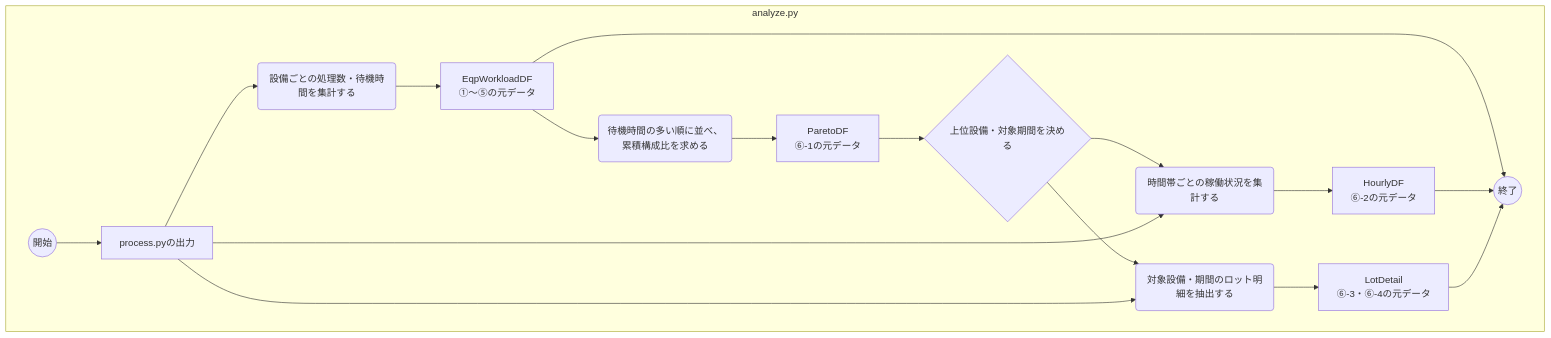
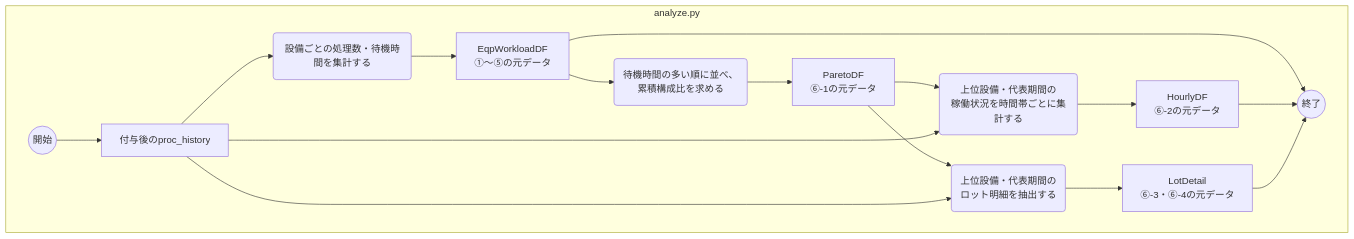
One commit to mukumuyi/AnalyseTool changed the fourth of 7 diagrams in .steering/20260830-eqp-workload-analysis/design.md. Above: the diagram before and after it, drawn with Mermaid. The commit also changed other lines of this file and 2 other files, not shown here.

````diff
--- a/.steering/20260830-eqp-workload-analysis/design.md
+++ b/.steering/20260830-eqp-workload-analysis/design.md
@@ -123,20 +127,19 @@
 ```mermaid
 flowchart TD
     subgraph SW3["analyze.py"]
-        Start3((開始)) --> In3["process.pyの出力"]
+        Start3((開始)) --> In3["付与後のproc_history"]
         In3 --> AggBar3("設備ごとの処理数・待機時間を集計する")
         AggBar3 --> WorkloadDF3["EqpWorkloadDF<br/>①〜⑤の元データ"]
         WorkloadDF3 --> Pareto3("待機時間の多い順に並べ、<br/>累積構成比を求める")
         Pareto3 --> ParetoDF3["ParetoDF<br/>⑥-1の元データ"]
-        ParetoDF3 --> Decide3{"上位設備・対象期間を決める"}
-        Decide3 --> Hourly3("時間帯ごとの稼働状況を集計する")
+        ParetoDF3 --> Hourly3("上位設備・代表期間の<br/>稼働状況を時間帯ごとに集計する")
         In3 --> Hourly3
         Hourly3 --> HourlyDF3["HourlyDF<br/>⑥-2の元データ"]
-        Decide3 --> LotDetail3("対象設備・期間のロット明細を抽出する")
+        ParetoDF3 --> LotDetail3("上位設備・代表期間の<br/>ロット明細を抽出する")
         In3 --> LotDetail3
         LotDetail3 --> LotDetailData3["LotDetail<br/>⑥-3・⑥-4の元データ"]
         WorkloadDF3 --> End3((終了))
         HourlyDF3 --> End3
         LotDetailData3 --> End3
     end
 ```
````
